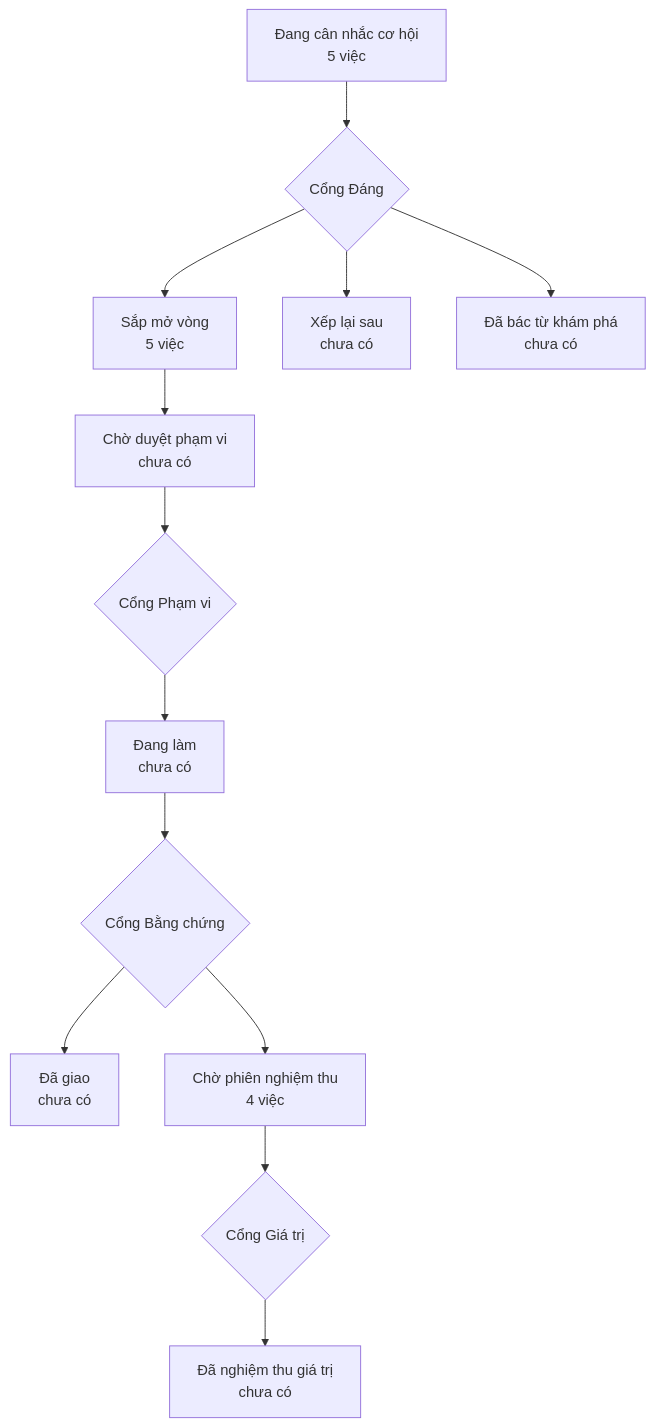
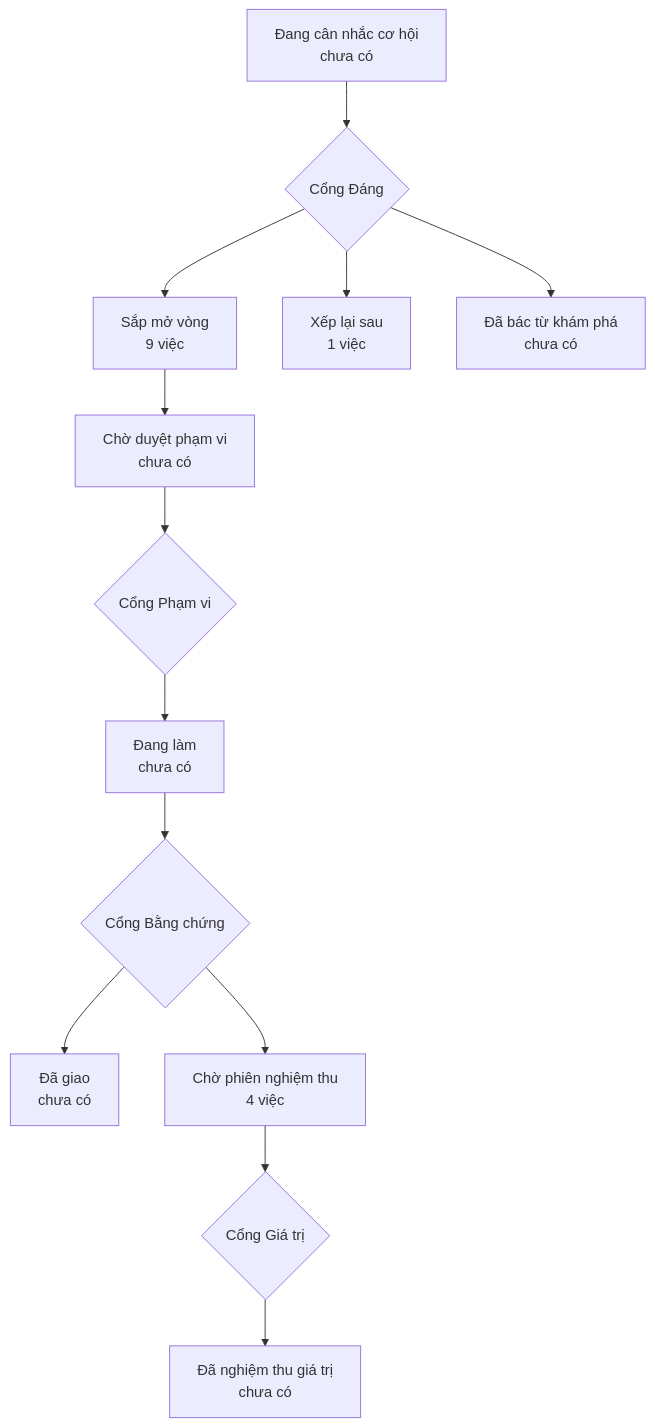
Before and after one commit to phanlemanh/onehub-quy-hang: the diagram in PRODUCT-MAP.md, drawn with Mermaid. The commit also changed other lines of this file and 11 other files, not shown here.

First line of the commit message:
chore(acceptance): ký Cổng Đáng năm hàng đợt nen-2; gác hàng 10

````diff
--- a/PRODUCT-MAP.md
+++ b/PRODUCT-MAP.md
@@ -7,12 +7,12 @@
 ```mermaid
 flowchart TD
-  A["Đang cân nhắc cơ hội<br/>5 việc"] --> GD{"Cổng Đáng"}
-  GD --> B["Sắp mở vòng<br/>5 việc"]
-  GD --> XL["Xếp lại sau<br/>chưa có"]
+  A["Đang cân nhắc cơ hội<br/>chưa có"] --> GD{"Cổng Đáng"}
+  GD --> B["Sắp mở vòng<br/>9 việc"]
+  GD --> XL["Xếp lại sau<br/>1 việc"]
   GD --> DB["Đã bác từ khám phá<br/>chưa có"]
   B --> CD["Chờ duyệt phạm vi<br/>chưa có"] --> GP{"Cổng Phạm vi"}
   GP --> DL["Đang làm<br/>chưa có"] --> GB{"Cổng Bằng chứng"}
   GB --> DG["Đã giao<br/>chưa có"]
   GB --> CN["Chờ phiên nghiệm thu<br/>4 việc"] --> GG{"Cổng Giá trị"}
   GG --> NT["Đã nghiệm thu giá trị<br/>chưa có"]
 ```
````
